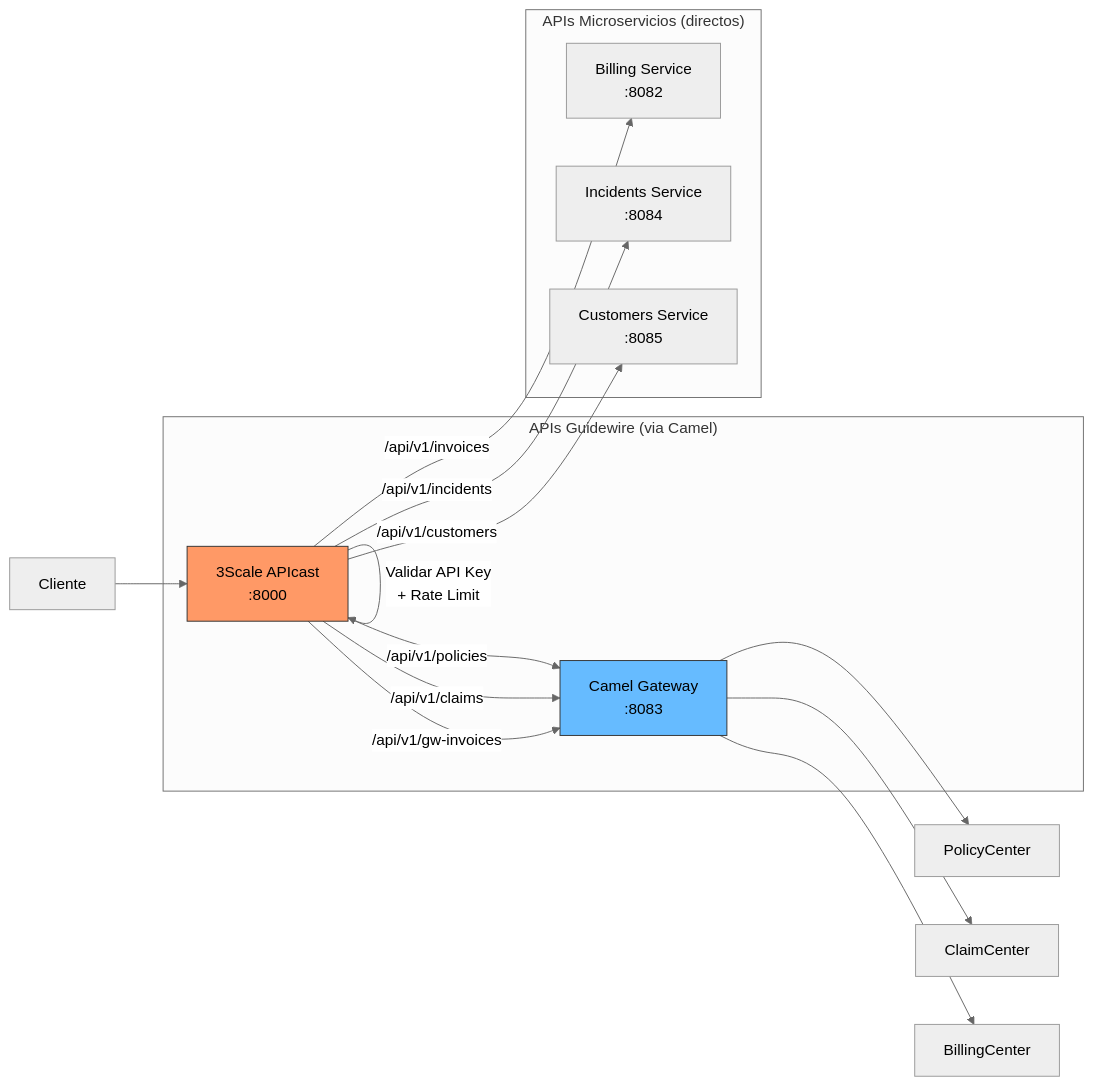
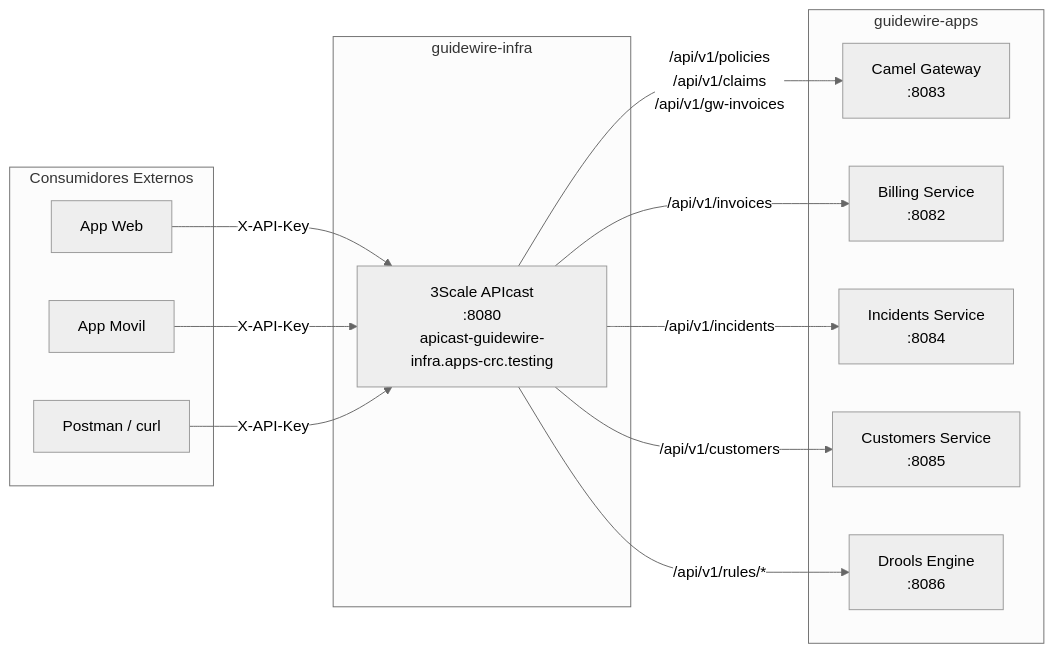
The second of 10 diagrams in openspecs/docs/infra/threescale/README.md (monghithub/guidewire), drawn with Mermaid (neutral theme) before and after one commit. The commit also changed other lines of this file, not shown here.

Commit message:
docs: add comprehensive 3Scale/APIcast gateway documentation

````diff
--- a/openspecs/docs/infra/threescale/README.md
+++ b/openspecs/docs/infra/threescale/README.md
@@ -68,25 +60,28 @@
 ```mermaid
 graph LR
-    CLIENT["Cliente"] --> GW["3Scale APIcast<br/>:8000"]
-
-    GW -->|"Validar API Key<br/>+ Rate Limit"| GW
-
-    subgraph "APIs Guidewire (via Camel)"
-        GW -->|"/api/v1/policies"| CAMEL["Camel Gateway<br/>:8083"]
-        GW -->|"/api/v1/claims"| CAMEL
-        GW -->|"/api/v1/gw-invoices"| CAMEL
+    subgraph "Consumidores Externos"
+        WEB["App Web"]
+        MOBILE["App Movil"]
+        POSTMAN["Postman / curl"]
     end
 
-    subgraph "APIs Microservicios (directos)"
-        GW -->|"/api/v1/invoices"| BILLING["Billing Service<br/>:8082"]
-        GW -->|"/api/v1/incidents"| INCIDENTS["Incidents Service<br/>:8084"]
-        GW -->|"/api/v1/customers"| CUSTOMERS["Customers Service<br/>:8085"]
+    subgraph "guidewire-infra"
+        GW["3Scale APIcast<br/>:8080<br/>apicast-guidewire-infra.apps-crc.testing"]
     end
 
-    CAMEL --> PC["PolicyCenter"]
-    CAMEL --> CC["ClaimCenter"]
-    CAMEL --> BC["BillingCenter"]
+    subgraph "guidewire-apps"
+        CAMEL["Camel Gateway<br/>:8083"]
+        BILLING["Billing Service<br/>:8082"]
+        INCIDENTS["Incidents Service<br/>:8084"]
+        CUSTOMERS["Customers Service<br/>:8085"]
+        DROOLS["Drools Engine<br/>:8086"]
+    end
 
-    style GW fill:#f96,stroke:#333
-    style CAMEL fill:#6bf,stroke:#333
+    WEB & MOBILE & POSTMAN -->|"X-API-Key"| GW
+
+    GW -->|"/api/v1/policies<br/>/api/v1/claims<br/>/api/v1/gw-invoices"| CAMEL
+    GW -->|"/api/v1/invoices"| BILLING
+    GW -->|"/api/v1/incidents"| INCIDENTS
+    GW -->|"/api/v1/customers"| CUSTOMERS
+    GW -->|"/api/v1/rules/*"| DROOLS
 ```
````
